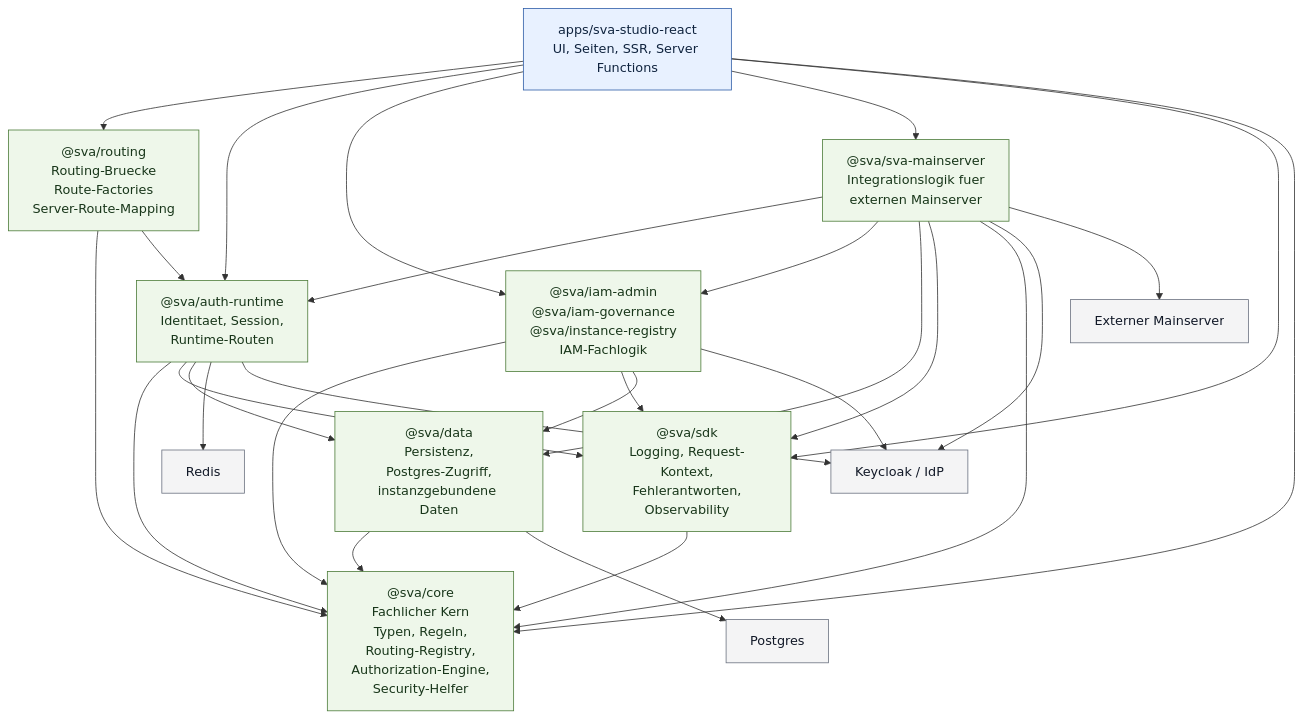
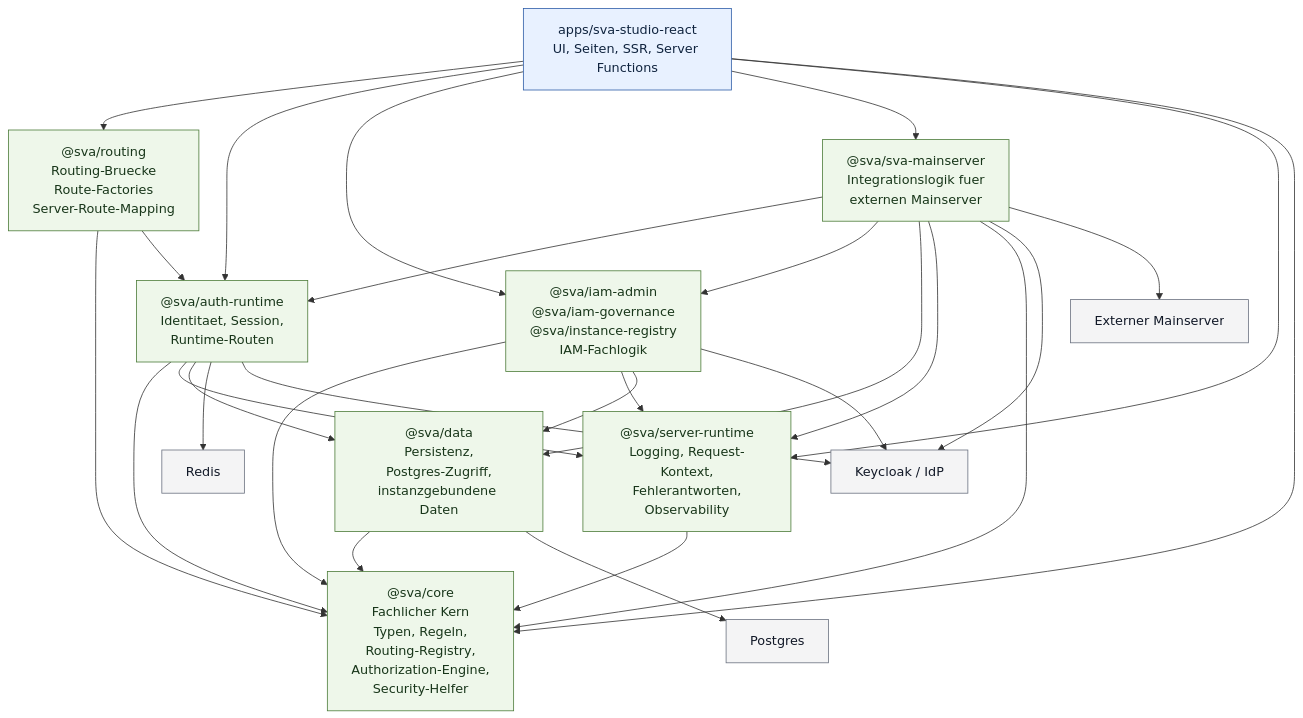
One commit to smart-village-solutions/sva-studio changed the diagram in docs/architecture/fachliche-zustaendigkeiten.md. Above: the diagram before and after it, drawn with Mermaid. The commit also changed other lines of this file and 128 other files, not shown here.

````diff
--- a/docs/architecture/fachliche-zustaendigkeiten.md
+++ b/docs/architecture/fachliche-zustaendigkeiten.md
@@ -7,60 +7,60 @@
 ```mermaid
 flowchart TB
     A["apps/sva-studio-react\nUI, Seiten, SSR, Server Functions"]
 
     B["@sva/routing\nRouting-Bruecke\nRoute-Factories\nServer-Route-Mapping"]
     C["@sva/auth-runtime\nIdentitaet, Session,\nRuntime-Routen"]
     C2["@sva/iam-admin\n@sva/iam-governance\n@sva/instance-registry\nIAM-Fachlogik"]
     D["@sva/data\nPersistenz,\nPostgres-Zugriff,\ninstanzgebundene Daten"]
     E["@sva/sva-mainserver\nIntegrationslogik fuer\nexternen Mainserver"]
-    F["@sva/sdk\nLogging, Request-Kontext,\nFehlerantworten,\nObservability"]
+    F["@sva/server-runtime\nLogging, Request-Kontext,\nFehlerantworten,\nObservability"]
     G["@sva/core\nFachlicher Kern\nTypen, Regeln,\nRouting-Registry,\nAuthorization-Engine,\nSecurity-Helfer"]
 
     H["Postgres"]
     I["Redis"]
     J["Keycloak / IdP"]
     K["Externer Mainserver"]
 
     A --> B
     A --> C
     A --> C2
     A --> E
     A --> F
     A --> G
 
     B --> G
     B --> C
 
     C --> G
     C --> F
     C --> D
     C --> I
     C --> J
 
     C2 --> G
     C2 --> F
     C2 --> D
     C2 --> J
 
     D --> G
     D --> H
 
     E --> C
     E --> C2
     E --> D
     E --> F
     E --> G
     E --> J
     E --> K
 
     F --> G
 
     classDef app fill:#e8f1ff,stroke:#2f5ea8,color:#10243f
     classDef foundation fill:#eef7ea,stroke:#4d7c3a,color:#18361a
     classDef backend fill:#fff5e8,stroke:#9a6424,color:#4a2a00
     classDef external fill:#f4f4f5,stroke:#6b7280,color:#111827
 
     class A app
     class B,C,C2,D,E,F,G foundation
     class H,I,J,K external
 ```
````
